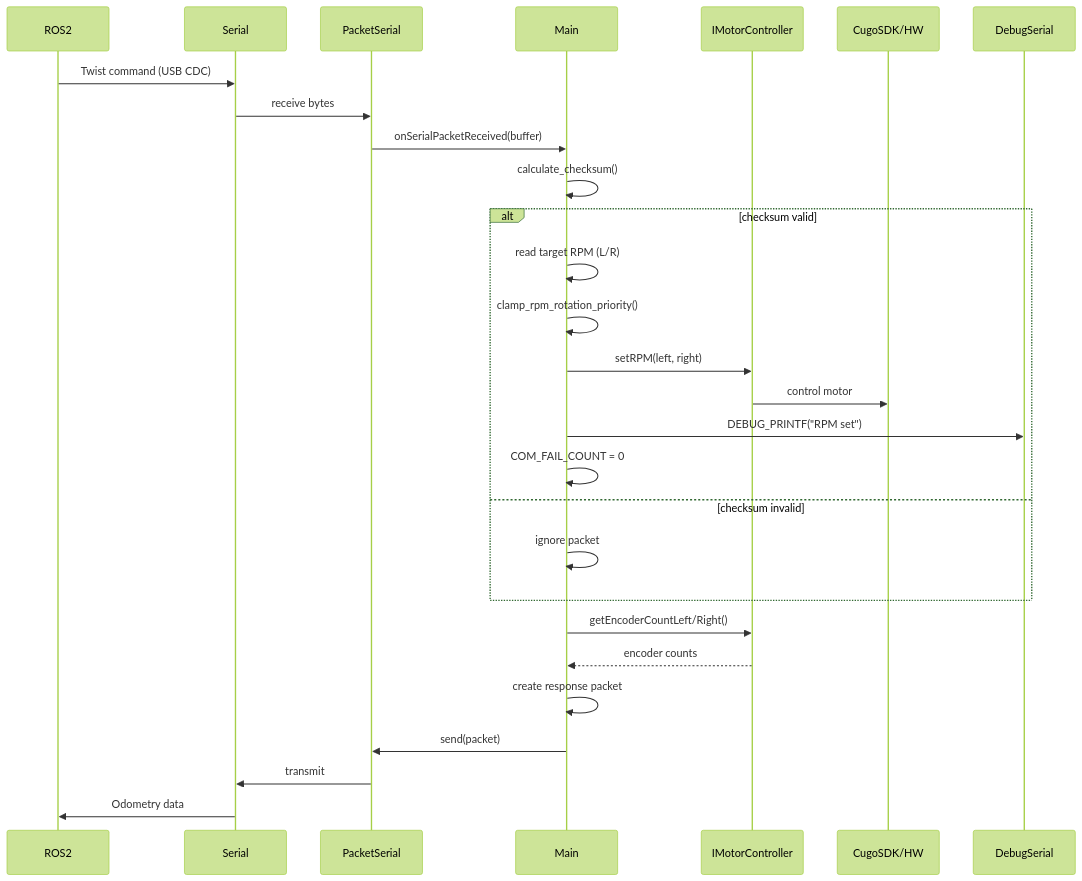
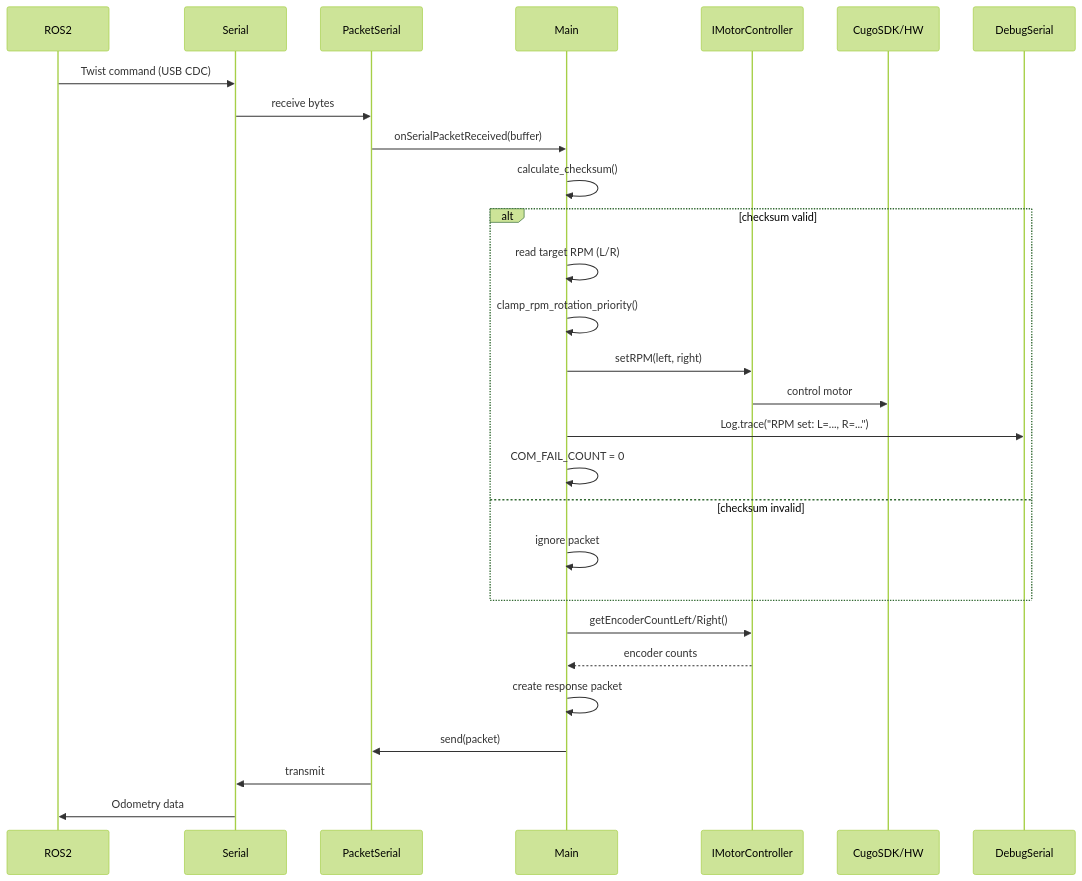
Before and after one commit to TomiXRM/cugo_ros2_motorcontroller2_PlatformIO: the second of 5 diagrams in docs/architecture.md, drawn with Mermaid (forest theme). The commit also changed other lines of this file and 9 other files, not shown here.

````diff
--- a/docs/architecture.md
+++ b/docs/architecture.md
@@ -203,33 +203,33 @@
 ```mermaid
 sequenceDiagram
     participant ROS2
     participant Serial
     participant PacketSerial
     participant Main
     participant IMotorController
     participant CugoSDK/HW
     participant DebugSerial
 
     ROS2->>Serial: Twist command (USB CDC)
     Serial->>PacketSerial: receive bytes
     PacketSerial->>Main: onSerialPacketReceived(buffer)
 
     Main->>Main: calculate_checksum()
     alt checksum valid
         Main->>Main: read target RPM (L/R)
         Main->>Main: clamp_rpm_rotation_priority()
         Main->>IMotorController: setRPM(left, right)
         IMotorController->>CugoSDK/HW: control motor
-        Main->>DebugSerial: DEBUG_PRINTF("RPM set")
+        Main->>DebugSerial: Log.trace("RPM set: L=..., R=...")
         Main->>Main: COM_FAIL_COUNT = 0
     else checksum invalid
         Main->>Main: ignore packet
     end
 
     Main->>IMotorController: getEncoderCountLeft/Right()
     IMotorController-->>Main: encoder counts
     Main->>Main: create response packet
     Main->>PacketSerial: send(packet)
     PacketSerial->>Serial: transmit
     Serial->>ROS2: Odometry data
 ```
````
